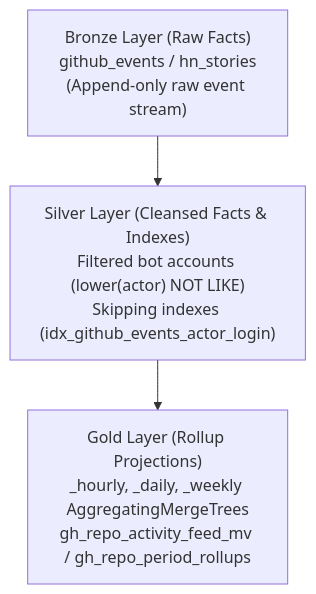
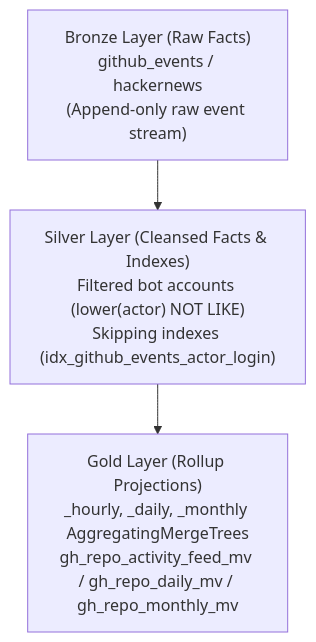
Before and after one commit to victoremnm/attention-terminal: the diagram in docs/adr/0004-pseudo-medallion-clickhouse-data-modeling.md, drawn with Mermaid. The commit also changed other lines of this file and 7 other files, not shown here.

````diff
--- a/docs/adr/0004-pseudo-medallion-clickhouse-data-modeling.md
+++ b/docs/adr/0004-pseudo-medallion-clickhouse-data-modeling.md
@@ -23,6 +24,6 @@
 ```mermaid
 flowchart TD
-    BRONZE["Bronze Layer (Raw Facts)\ngithub_events / hn_stories\n(Append-only raw event stream)"] --> SILVER
+    BRONZE["Bronze Layer (Raw Facts)\ngithub_events / hackernews\n(Append-only raw event stream)"] --> SILVER
     SILVER["Silver Layer (Cleansed Facts & Indexes)\nFiltered bot accounts (lower(actor) NOT LIKE)\nSkipping indexes (idx_github_events_actor_login)"] --> GOLD
-    GOLD["Gold Layer (Rollup Projections)\n_hourly, _daily, _weekly AggregatingMergeTrees\ngh_repo_activity_feed_mv / gh_repo_period_rollups"]
+    GOLD["Gold Layer (Rollup Projections)\n_hourly, _daily, _monthly AggregatingMergeTrees\ngh_repo_activity_feed_mv / gh_repo_daily_mv / gh_repo_monthly_mv"]
 ```
````
